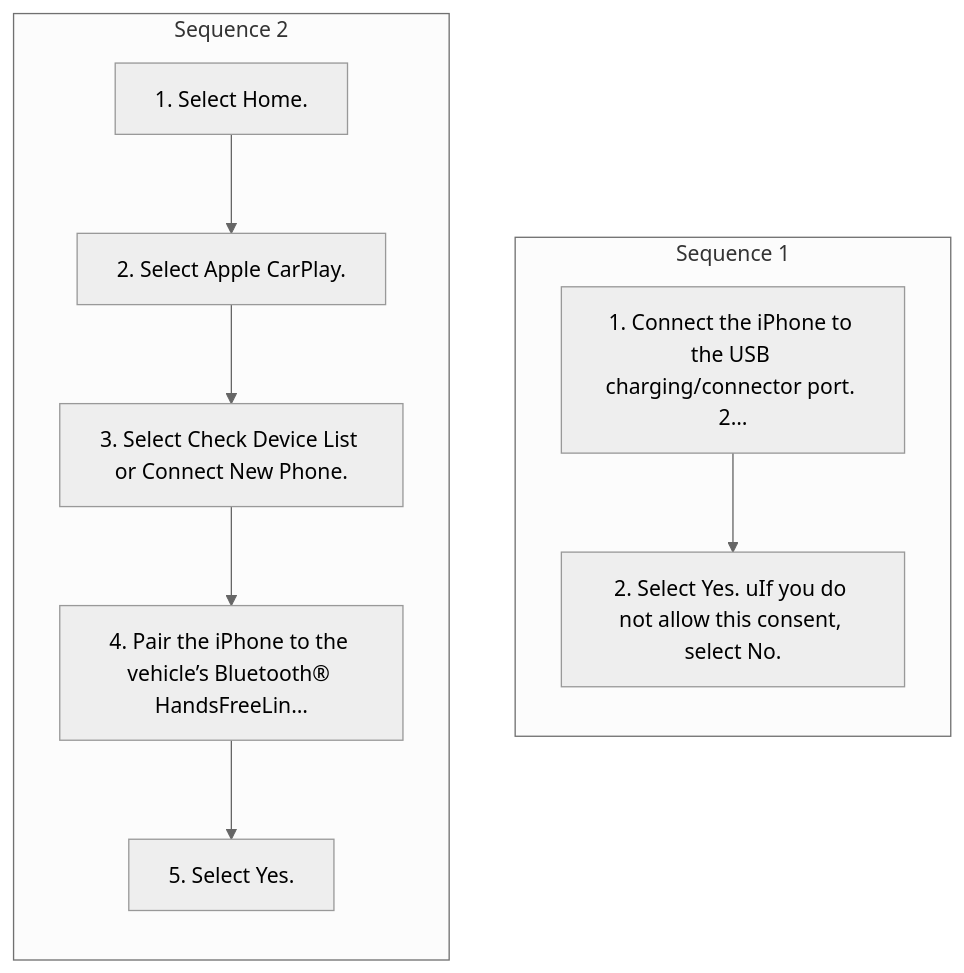
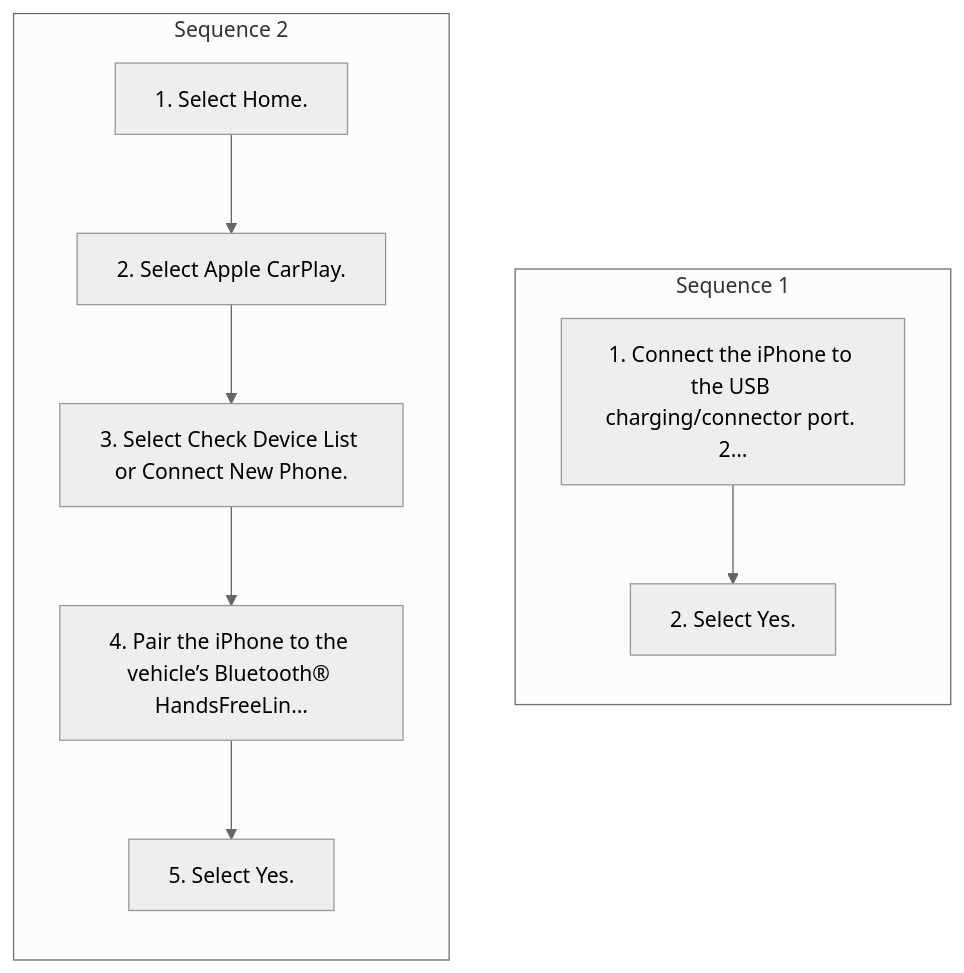
Before and after one commit to Chieko-Y/my-spec-generator: the diagram in workspace/honda/pilot-2026/ivi/published/features/19-apple-carplay.md, drawn with Mermaid (neutral theme). The commit also changed other lines of this file and 59 other files, not shown here.

````diff
--- a/workspace/honda/pilot-2026/ivi/published/features/19-apple-carplay.md
+++ b/workspace/honda/pilot-2026/ivi/published/features/19-apple-carplay.md
@@ -9,21 +9,21 @@
 ```mermaid
 flowchart TD
     subgraph SEQ1["Sequence 1"]
     direction TB
     S1_1["1. Connect the iPhone to the USB charging/connector port. 2…"]
-    S1_2["2. Select Yes. uIf you do not allow this consent, select No."]
+    S1_2["2. Select Yes."]
     S1_1 --> S1_2
     end
     subgraph SEQ2["Sequence 2"]
     direction TB
     S2_1["1. Select Home."]
     S2_2["2. Select Apple CarPlay."]
     S2_3["3. Select Check Device List or Connect New Phone."]
     S2_4["4. Pair the iPhone to the vehicle’s Bluetooth® HandsFreeLin…"]
     S2_5["5. Select Yes."]
     S2_1 --> S2_2
     S2_2 --> S2_3
     S2_3 --> S2_4
     S2_4 --> S2_5
     end
 ```
````
